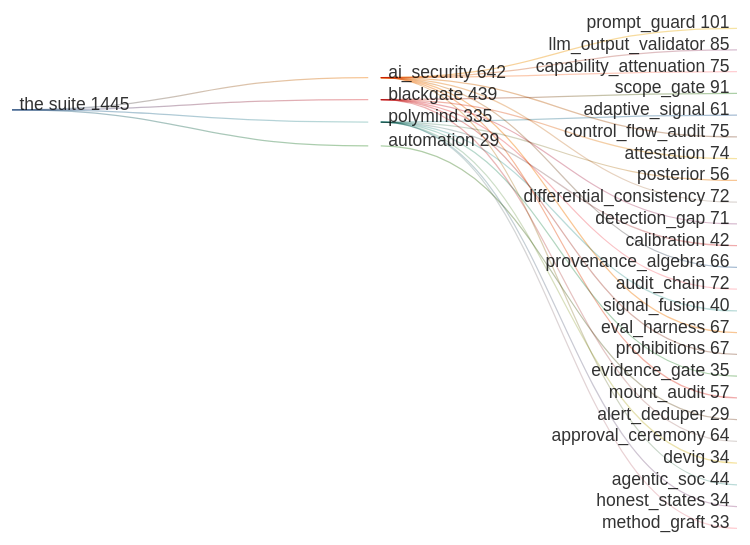
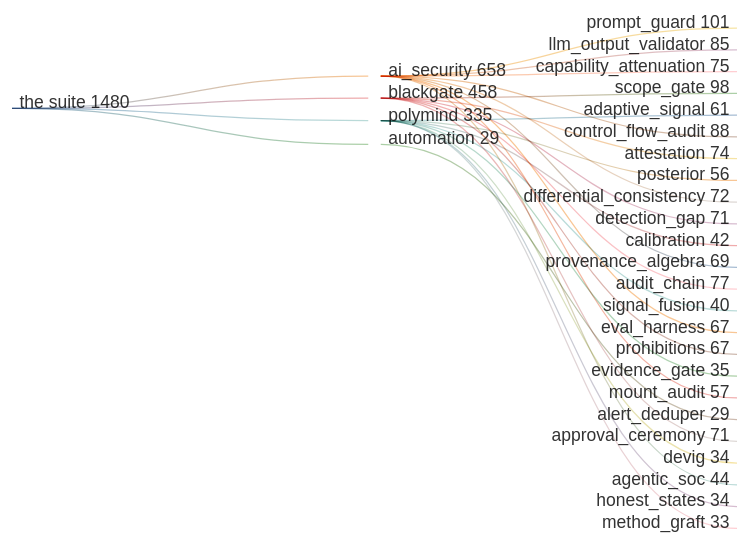
Before and after one commit to greeklinux/Showcase: the third of 5 diagrams in README.md, drawn with Mermaid. The commit also changed other lines of this file and 17 other files, not shown here.

First line of the commit message:
Close six fourth-pass findings and re-derive every published figure

````diff
--- a/README.md
+++ b/README.md
@@ -354,32 +354,32 @@
 ```mermaid
 sankey-beta
 
-the suite,ai_security,642
-the suite,blackgate,439
+the suite,ai_security,658
+the suite,blackgate,458
 the suite,polymind,335
 the suite,automation,29
 ai_security,prompt_guard,101
 ai_security,llm_output_validator,85
 ai_security,capability_attenuation,75
-ai_security,control_flow_audit,75
+ai_security,control_flow_audit,88
 ai_security,differential_consistency,72
-ai_security,provenance_algebra,66
+ai_security,provenance_algebra,69
 ai_security,eval_harness,67
 ai_security,mount_audit,57
 ai_security,agentic_soc,44
-blackgate,scope_gate,91
+blackgate,scope_gate,98
 blackgate,attestation,74
 blackgate,detection_gap,71
-blackgate,audit_chain,72
+blackgate,audit_chain,77
 blackgate,prohibitions,67
-blackgate,approval_ceremony,64
+blackgate,approval_ceremony,71
 polymind,adaptive_signal,61
 polymind,posterior,56
 polymind,calibration,42
 polymind,signal_fusion,40
 polymind,evidence_gate,35
 polymind,devig,34
 polymind,honest_states,34
 polymind,method_graft,33
 automation,alert_deduper,29
 ```
````
